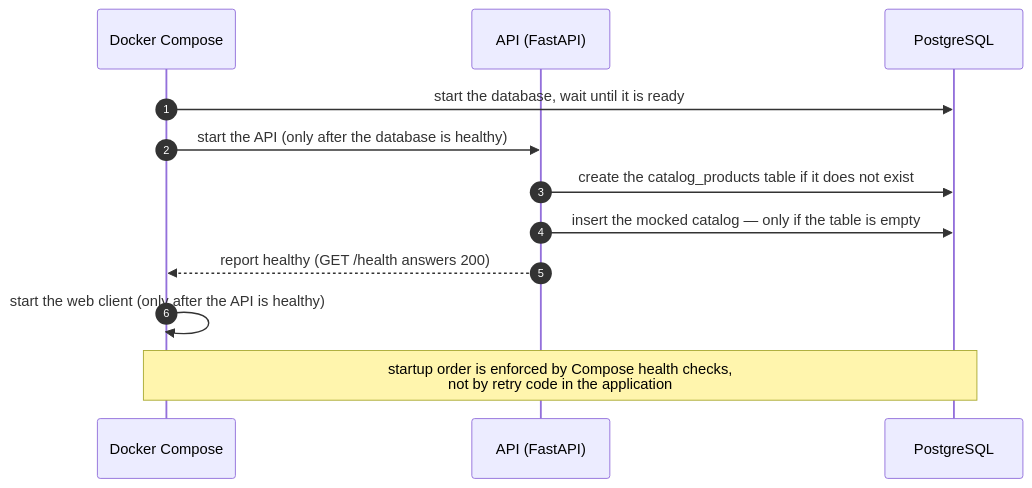
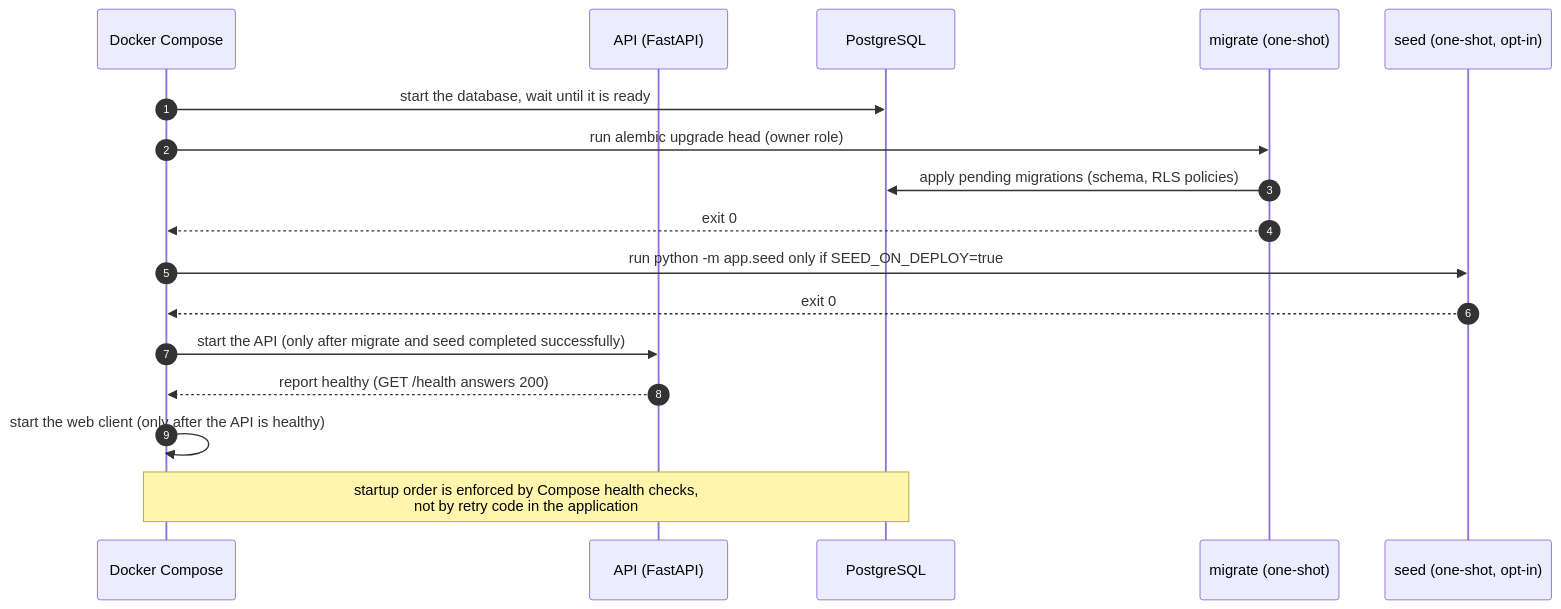
Before and after one commit to ISCOUTB/AS_202620_TIENDA-VIRTUAL-UTB: the fourth of 7 diagrams in docs/arc42/arc42-template-EN.md, drawn with Mermaid. The commit also changed other lines of this file and 13 other files, not shown here.

````diff
--- a/docs/arc42/arc42-template-EN.md
+++ b/docs/arc42/arc42-template-EN.md
@@ -361,14 +364,19 @@
 ```mermaid
 sequenceDiagram
     autonumber
     participant Compose as Docker Compose
     participant API as API (FastAPI)
     participant DB as PostgreSQL
+    participant Migrate as migrate (one-shot)
+    participant Seed as seed (one-shot, opt-in)
     Compose->>DB: start the database, wait until it is ready
-    Compose->>API: start the API (only after the database is healthy)
-    API->>DB: create the catalog_products table if it does not exist
-    API->>DB: insert the mocked catalog — only if the table is empty
+    Compose->>Migrate: run alembic upgrade head (owner role)
+    Migrate->>DB: apply pending migrations (schema, RLS policies)
+    Migrate-->>Compose: exit 0
+    Compose->>Seed: run python -m app.seed only if SEED_ON_DEPLOY=true
+    Seed-->>Compose: exit 0
+    Compose->>API: start the API (only after migrate and seed completed successfully)
     API-->>Compose: report healthy (GET /health answers 200)
     Compose->>Compose: start the web client (only after the API is healthy)
     Note over Compose,DB: startup order is enforced by Compose health checks,<br/>not by retry code in the application
 ```
````
